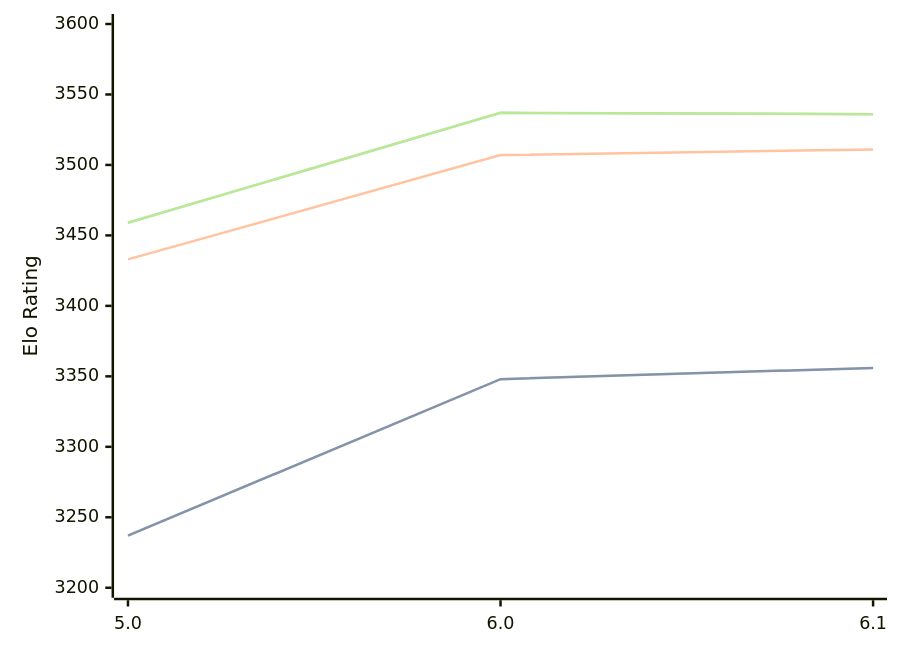
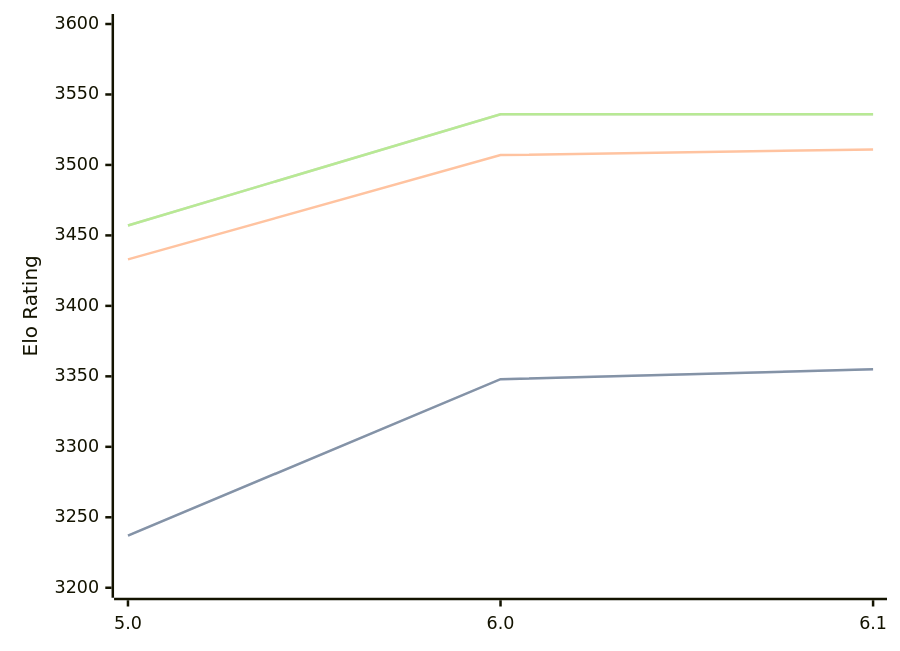
One commit to computer-chess-index/cci changed the diagram in engines/Starzix.md. Above: the diagram before and after it, drawn with Mermaid. The commit also changed other lines of this file, not shown here.

Commit message:
Update CCI Ratings (ELO VLTC) - 2026-04-06

````diff
--- a/engines/Starzix.md
+++ b/engines/Starzix.md
@@ -37,11 +37,11 @@
 ```mermaid
 %%{init: {"theme":"base","themeVariables":{"seriesColors:['#a3a3a3','#222221','#faa371']}}}%%
 xychart-beta
   x-axis ["5.0", "6.0", "6.1"]
   y-axis "Elo Rating" 3200 --> 3600
-  line "STC (8.0+0.08s)" [3237, 3348, 3356]
-  line "STC (8.0+0.08s)" [3237, 3348, 3356]
+  line "STC (8.0+0.08s)" [3237, 3348, 3355]
+  line "STC (8.0+0.08s)" [3237, 3348, 3355]
   line "LTC (60.0+0.60s)" [3433, 3507, 3511]
-  line "VLTC (2m24s+1.12s)" [3459, 3537, 3536]
-  line "VLTC (2m24s+1.12s)" [3459, 3537, 3536]
+  line "VLTC (2m24s+1.12s)" [3457, 3536, 3536]
+  line "VLTC (2m24s+1.12s)" [3457, 3536, 3536]
 ```
````
